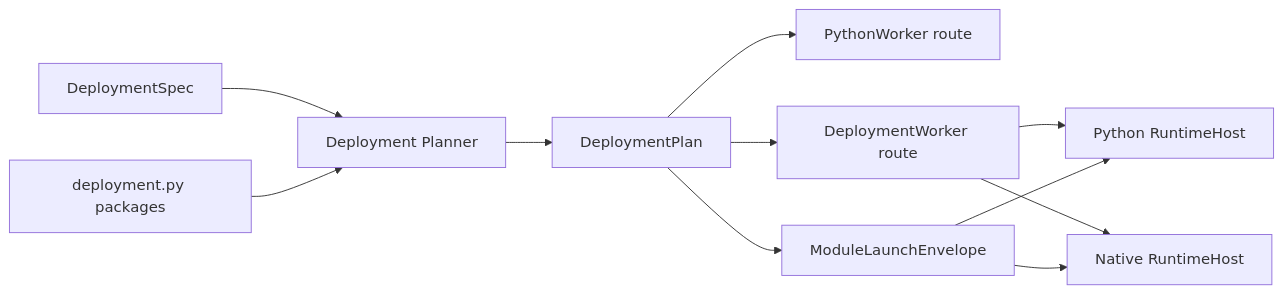
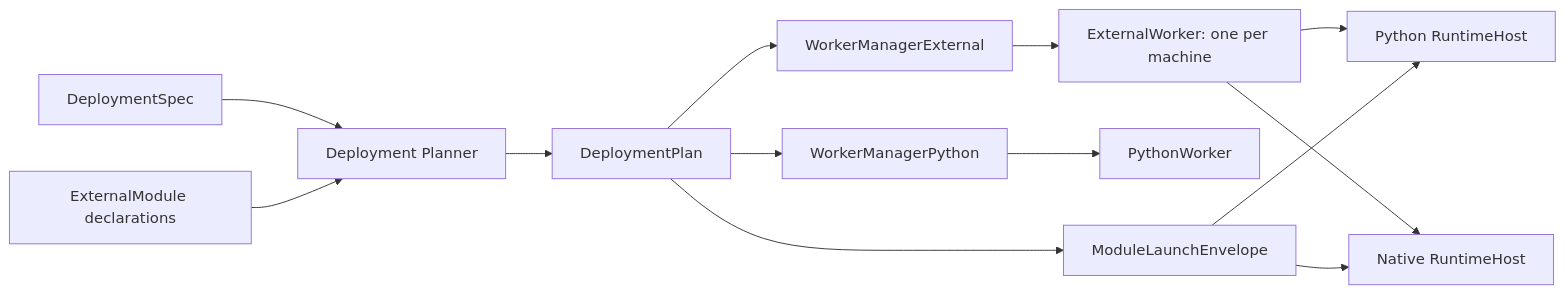
One commit to michaellee8/dimos changed the second of 3 diagrams in docs/usage/module_deployment_proposal.md. Above: the diagram before and after it, drawn with Mermaid. The commit also changed other lines of this file and 1 other file, not shown here.

````diff
--- a/docs/usage/module_deployment_proposal.md
+++ b/docs/usage/module_deployment_proposal.md
@@ -316,16 +376,18 @@
 ```mermaid
 flowchart LR
     Spec[DeploymentSpec] --> Planner[Deployment Planner]
-    Packages[deployment.py packages] --> Planner
+    Modules[ExternalModule declarations] --> Planner
     Planner --> Plan[DeploymentPlan]
 
-    Plan --> Local[PythonWorker route]
-    Plan --> Worker[DeploymentWorker route]
+    Plan --> PythonManager[WorkerManagerPython]
+    Plan --> ExternalManager[WorkerManagerExternal]
     Plan --> Envelope[ModuleLaunchEnvelope]
 
-    Worker --> PythonHost[Python RuntimeHost]
-    Worker --> NativeHost[Native RuntimeHost]
+    PythonManager --> PythonWorker[PythonWorker]
+    ExternalManager --> ExternalWorker[ExternalWorker: one per machine]
+    ExternalWorker --> PythonHost[Python RuntimeHost]
+    ExternalWorker --> NativeHost[Native RuntimeHost]
 
     Envelope --> PythonHost
     Envelope --> NativeHost
 ```
````
